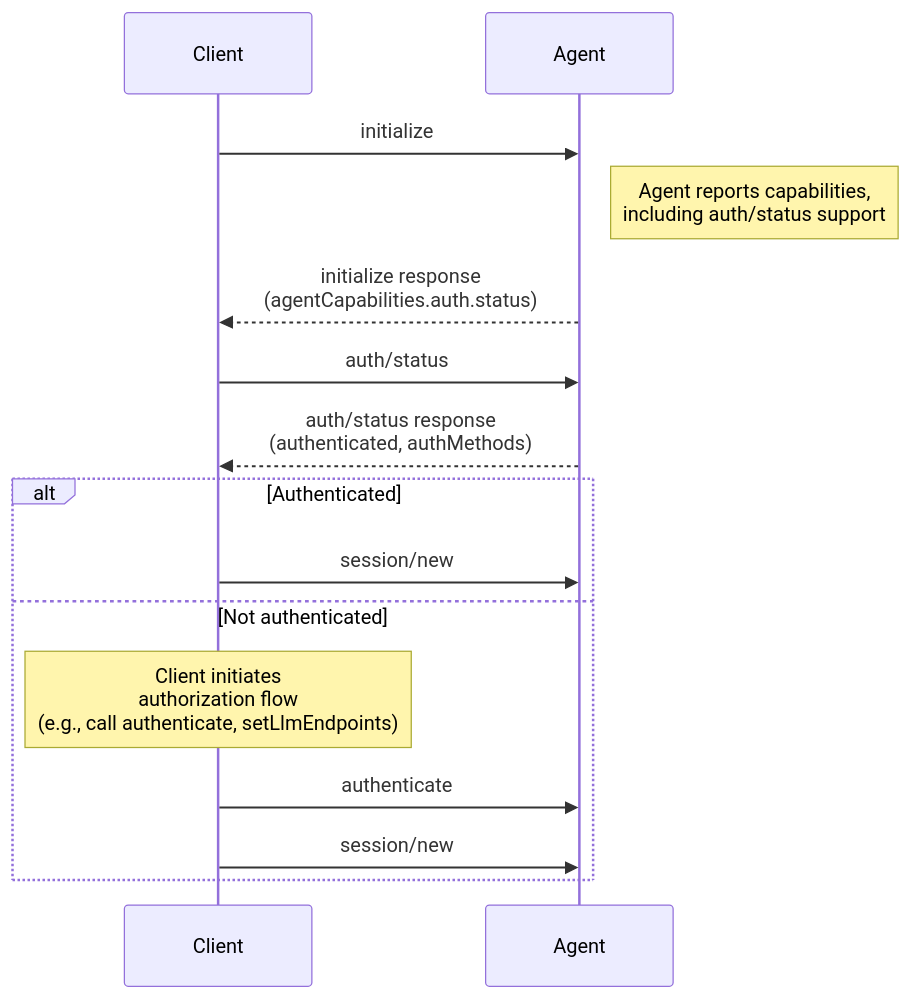
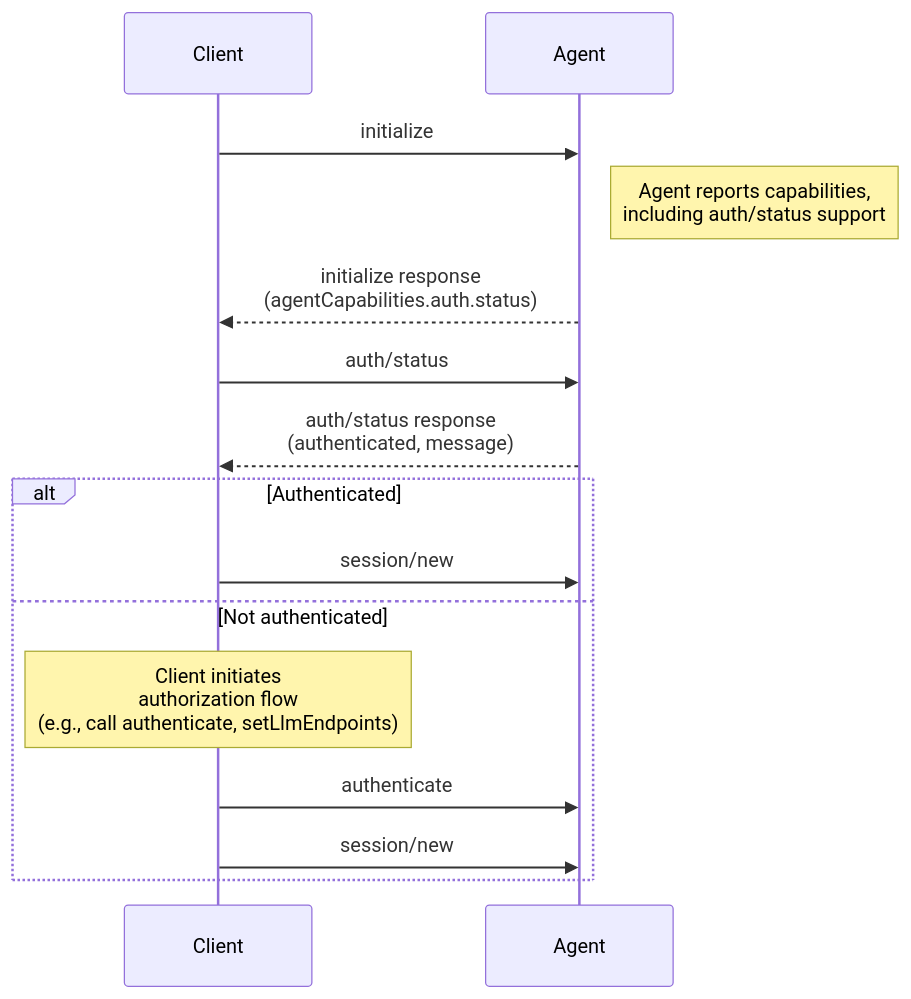
The diagram in docs/rfds/get-auth-state.mdx (agentclientprotocol/agent-client-protocol), drawn with Mermaid before and after one commit. The commit also changed other lines of this file, not shown here.

Commit message:
docs: simplify auth/status response

````diff
--- a/docs/rfds/get-auth-state.mdx
+++ b/docs/rfds/get-auth-state.mdx
@@ -50,20 +50,20 @@
 ```mermaid
 sequenceDiagram
     participant Client
     participant Agent
 
     Client->>Agent: initialize
     Note right of Agent: Agent reports capabilities,<br/>including auth/status support
     Agent-->>Client: initialize response<br/>(agentCapabilities.auth.status)
 
     Client->>Agent: auth/status
-    Agent-->>Client: auth/status response<br/>(authenticated, authMethods)
+    Agent-->>Client: auth/status response<br/>(authenticated, message)
 
     alt Authenticated
         Client->>Agent: session/new
     else Not authenticated
         Note over Client: Client initiates<br/>authorization flow<br/>(e.g., call authenticate, setLlmEndpoints)
         Client->>Agent: authenticate
         Client->>Agent: session/new
     end
 ```
````
